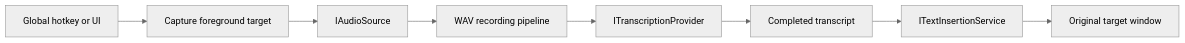
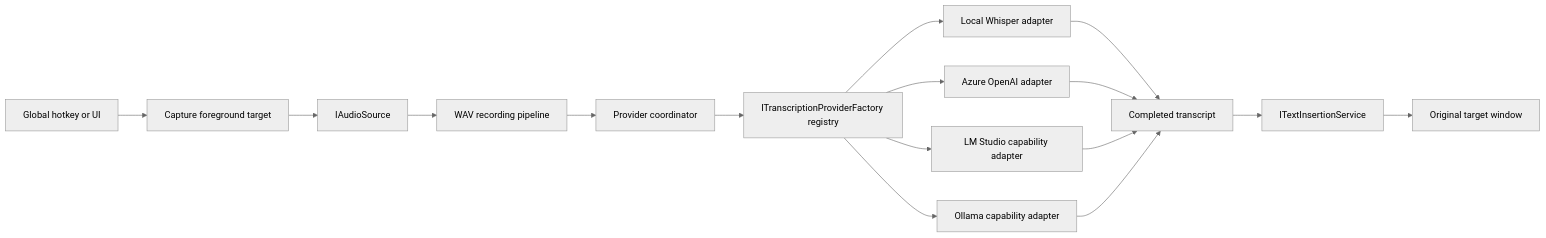
One commit to jerstadgeirivar-gmail/talk-to-me changed the diagram in docs/architecture.md. Above: the diagram before and after it, drawn with Mermaid (neutral theme). The commit also changed other lines of this file and 34 other files, not shown here.

First line of the commit message:
feat: Add Local Whisper transcription provider and related infrastructure

````diff
--- a/docs/architecture.md
+++ b/docs/architecture.md
@@ -13,10 +13,19 @@
 ```mermaid
 flowchart LR
     Trigger[Global hotkey or UI] --> Target[Capture foreground target]
     Target --> Source[IAudioSource]
     Source --> Recorder[WAV recording pipeline]
-    Recorder --> Provider[ITranscriptionProvider]
-    Provider --> Review[Completed transcript]
+    Recorder --> Coordinator[Provider coordinator]
+    Coordinator --> Registry[ITranscriptionProviderFactory registry]
+    Registry --> Local[Local Whisper adapter]
+    Registry --> Azure[Azure OpenAI adapter]
+    Registry --> LM[LM Studio capability adapter]
+    Registry --> Ollama[Ollama capability adapter]
+    Local --> Review
+    Azure --> Review
+    LM --> Review
+    Ollama --> Review
+    Review[Completed transcript]
     Review --> Insert[ITextInsertionService]
     Insert --> Original[Original target window]
 ```
````
